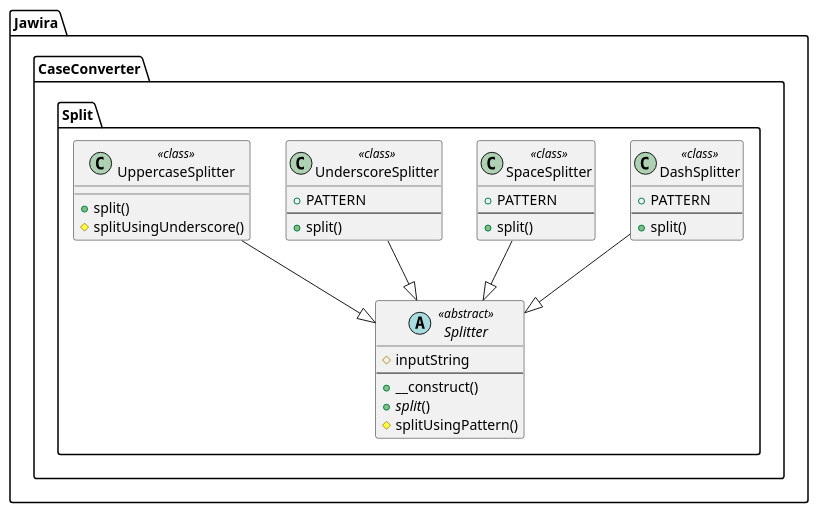
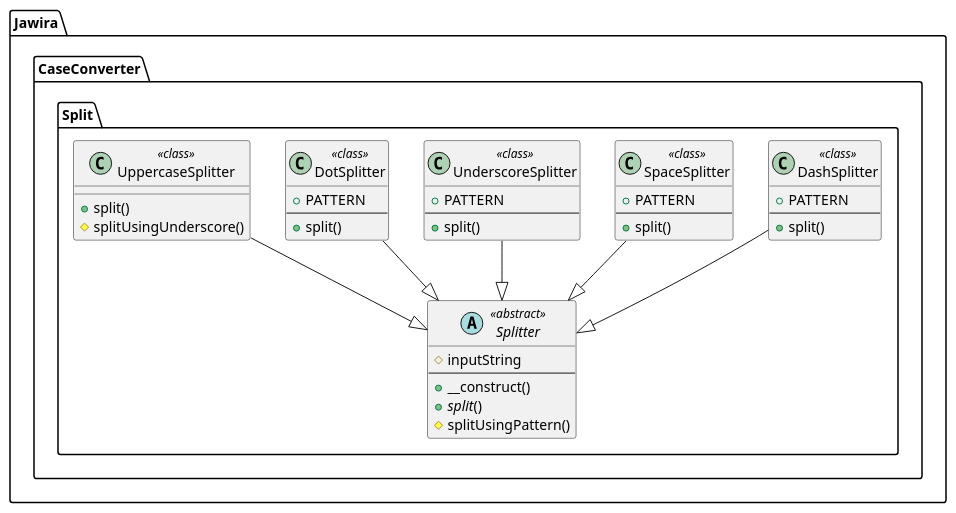
Before and after one commit to knm1/case-converter: the diagram in images/uml-split.puml, drawn with PlantUML. The commit also changed 78 other files, not shown here.

```diff
--- a/images/uml-split.puml
+++ b/images/uml-split.puml
@@ -1,34 +1,40 @@
 @startuml
 namespace Jawira.CaseConverter.Split  {
 	class DashSplitter << class >> {
 		+PATTERN
 		--
 		+split()
 	}
 	abstract Splitter << abstract >> {
 		#inputString
 		--
 		+__construct()
 		+<i>split</i>()
 		#splitUsingPattern()
 	}
 	class SpaceSplitter << class >> {
 		+PATTERN
 		--
 		+split()
 	}
 	class UnderscoreSplitter << class >> {
 		+PATTERN
 		--
 		+split()
 	}
+	class DotSplitter << class >> {
+		+PATTERN
+		--
+		+split()
+	}
 	class UppercaseSplitter << class >> {
 		+split()
 		#splitUsingUnderscore()
 	}
 }
 Jawira.CaseConverter.Split.DashSplitter --|> Jawira.CaseConverter.Split.Splitter
 Jawira.CaseConverter.Split.SpaceSplitter --|> Jawira.CaseConverter.Split.Splitter
 Jawira.CaseConverter.Split.UnderscoreSplitter --|> Jawira.CaseConverter.Split.Splitter
+Jawira.CaseConverter.Split.DotSplitter --|> Jawira.CaseConverter.Split.Splitter
 Jawira.CaseConverter.Split.UppercaseSplitter --|> Jawira.CaseConverter.Split.Splitter
 @enduml
```
